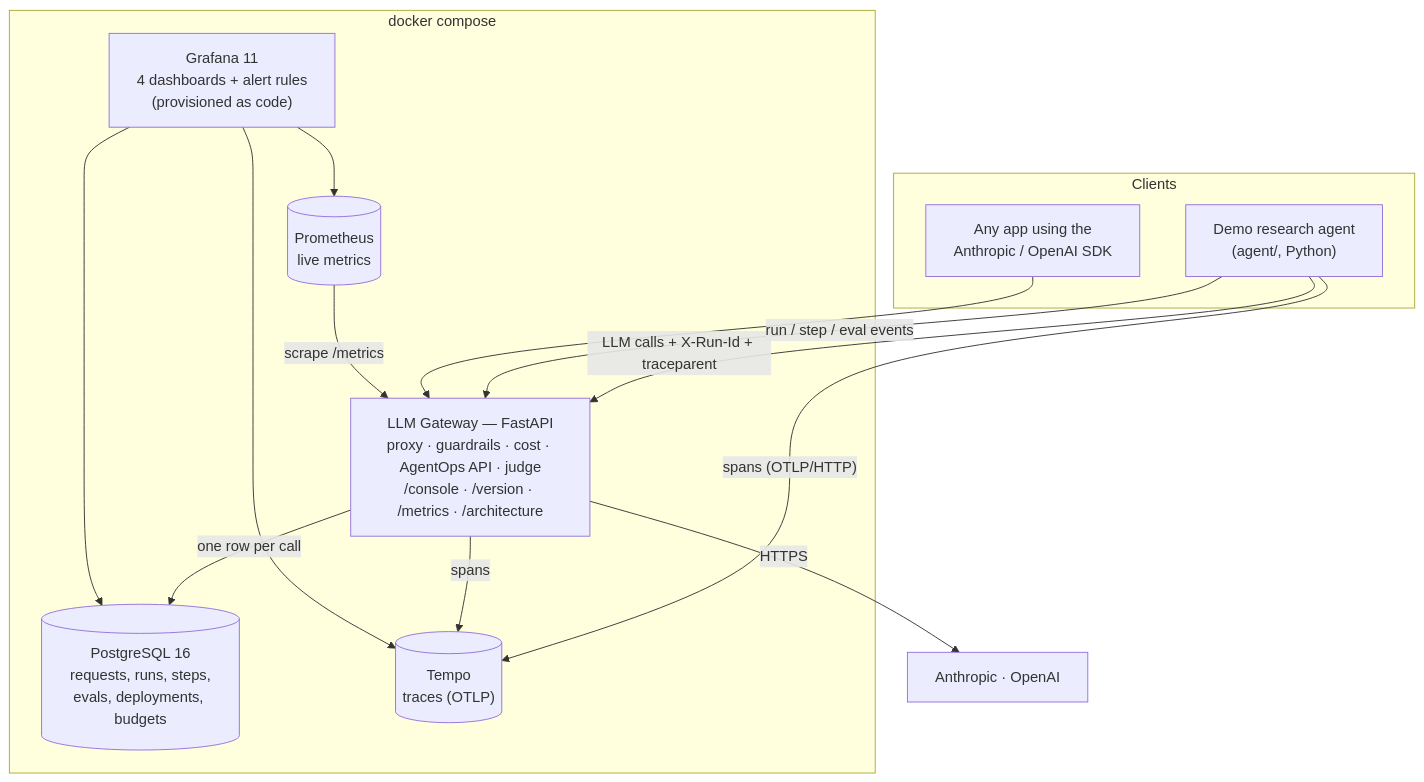
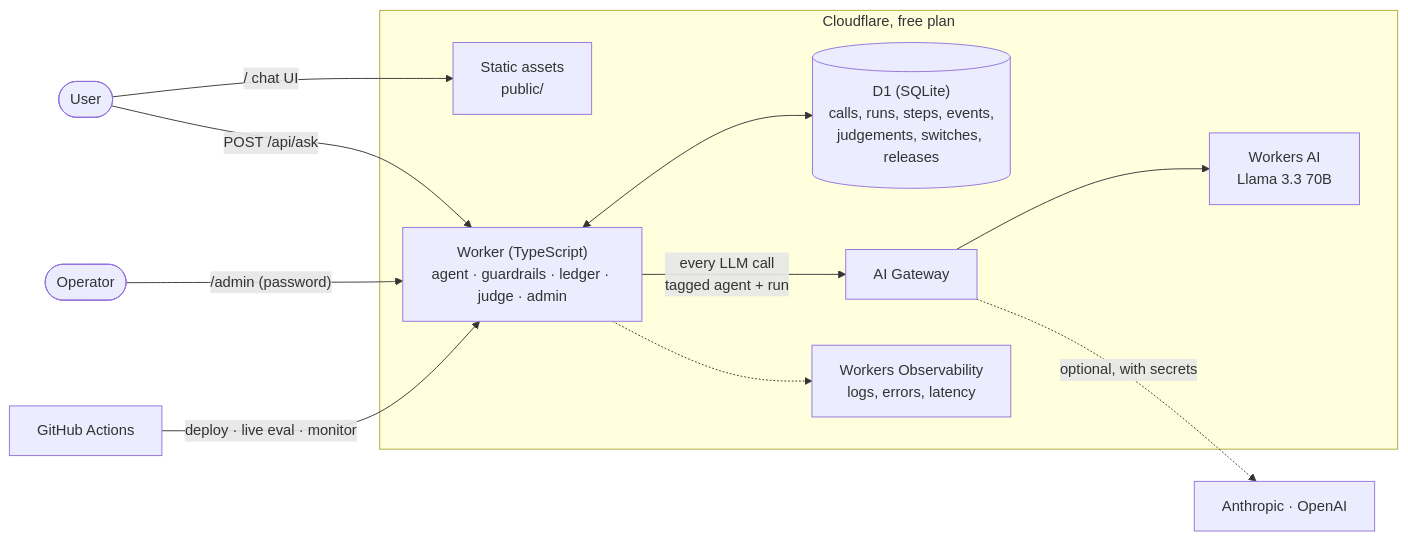
Before and after one commit to manu-gt-hub/llmops-platform: the first of 3 diagrams in doc/architecture.md, drawn with Mermaid. The commit also changed other lines of this file and 121 other files, not shown here.

````diff
--- a/doc/architecture.md
+++ b/doc/architecture.md
@@ -42,27 +19,17 @@
 ```mermaid
-flowchart TB
-    subgraph clients[Clients]
-        agent["Demo research agent<br/>(agent/, Python)"]
-        other["Any app using the<br/>Anthropic / OpenAI SDK"]
+flowchart LR
+    user([User]) -->|"/  chat UI"| assets[Static assets<br/>public/]
+    user -->|"POST /api/ask"| worker
+    admin([Operator]) -->|"/admin (password)"| worker
+    subgraph cf[Cloudflare, free plan]
+        assets
+        worker["Worker (TypeScript)<br/>agent · guardrails · ledger · judge · admin"]
+        worker <--> d1[("D1 (SQLite)<br/>calls, runs, steps, events,<br/>judgements, switches, releases")]
+        worker -->|"every LLM call<br/>tagged agent + run"| gw[AI Gateway]
+        gw --> wai[Workers AI<br/>Llama 3.3 70B]
+        obs[Workers Observability<br/>logs, errors, latency]
+        worker -.-> obs
     end
-
-    subgraph platform[docker compose]
-        gw["LLM Gateway — FastAPI<br/>proxy · guardrails · cost · AgentOps API · judge<br/>/console · /version · /metrics · /architecture"]
-        pg[("PostgreSQL 16<br/>requests, runs, steps,<br/>evals, deployments, budgets")]
-        prom[("Prometheus<br/>live metrics")]
-        tempo[("Tempo<br/>traces (OTLP)")]
-        graf["Grafana 11<br/>4 dashboards + alert rules<br/>(provisioned as code)"]
-    end
-
-    agent -- "LLM calls + X-Run-Id + traceparent" --> gw
-    agent -- "run / step / eval events" --> gw
-    agent -- "spans (OTLP/HTTP)" --> tempo
-    other --> gw
-    gw -- "one row per call" --> pg
-    gw -- "spans" --> tempo
-    prom -- "scrape /metrics" --> gw
-    graf --> pg
-    graf --> prom
-    graf --> tempo
-    gw -- "HTTPS" --> providers[Anthropic · OpenAI]
+    gw -.->|optional, with secrets| paid[Anthropic · OpenAI]
+    gh[GitHub Actions] -->|"deploy · live eval · monitor"| worker
 ```
````
